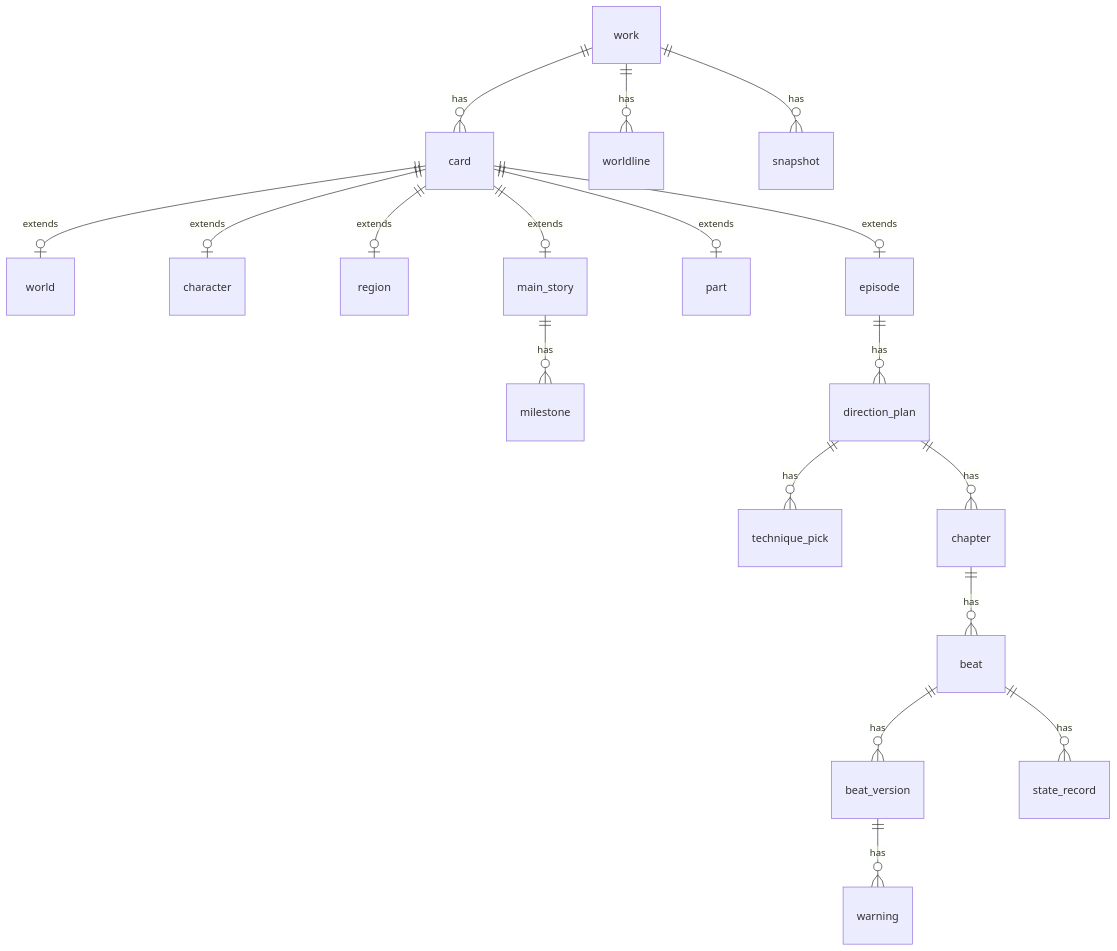
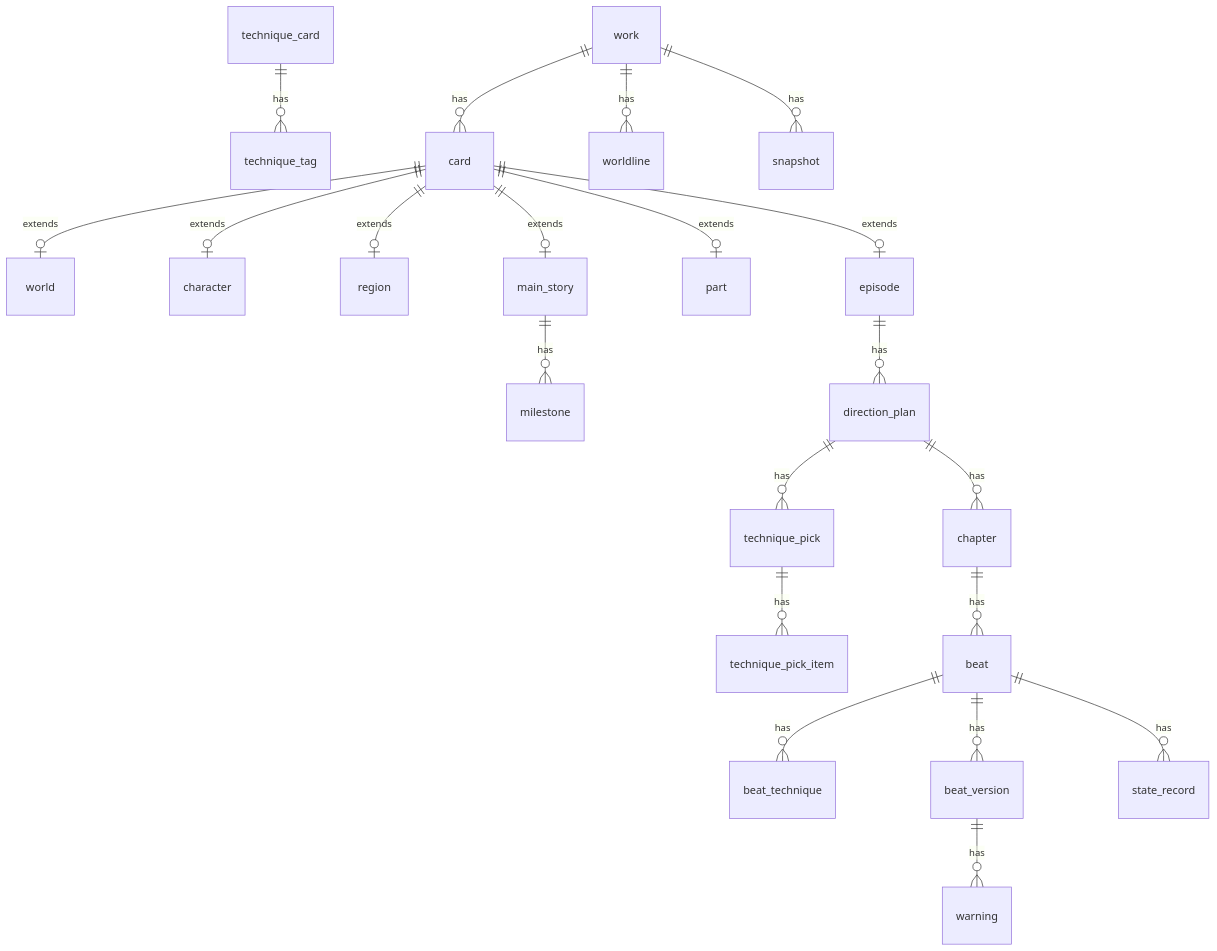
Before and after one commit to mminjae97/aiplot: the fourth of 5 diagrams in README.md, drawn with Mermaid. The commit also changed other lines of this file and 1 other file, not shown here.

First line of the commit message:
docs: README matches the technique catalog and prompt-only direction; style v2 sizes (#106)

````diff
--- a/README.md
+++ b/README.md
@@ -686,20 +707,23 @@
 ```mermaid
 erDiagram
     work ||--o{ card : has
     card ||--o| world : extends
     card ||--o| character : extends
     card ||--o| region : extends
     card ||--o| main_story : extends
     card ||--o| part : extends
     card ||--o| episode : extends
     main_story ||--o{ milestone : has
     episode ||--o{ direction_plan : has
     direction_plan ||--o{ technique_pick : has
+    technique_pick ||--o{ technique_pick_item : has
+    technique_card ||--o{ technique_tag : has
+    beat ||--o{ beat_technique : has
     direction_plan ||--o{ chapter : has
     chapter ||--o{ beat : has
     beat ||--o{ beat_version : has
     beat ||--o{ state_record : has
     beat_version ||--o{ warning : has
     work ||--o{ worldline : has
     work ||--o{ snapshot : has
 ```
````
